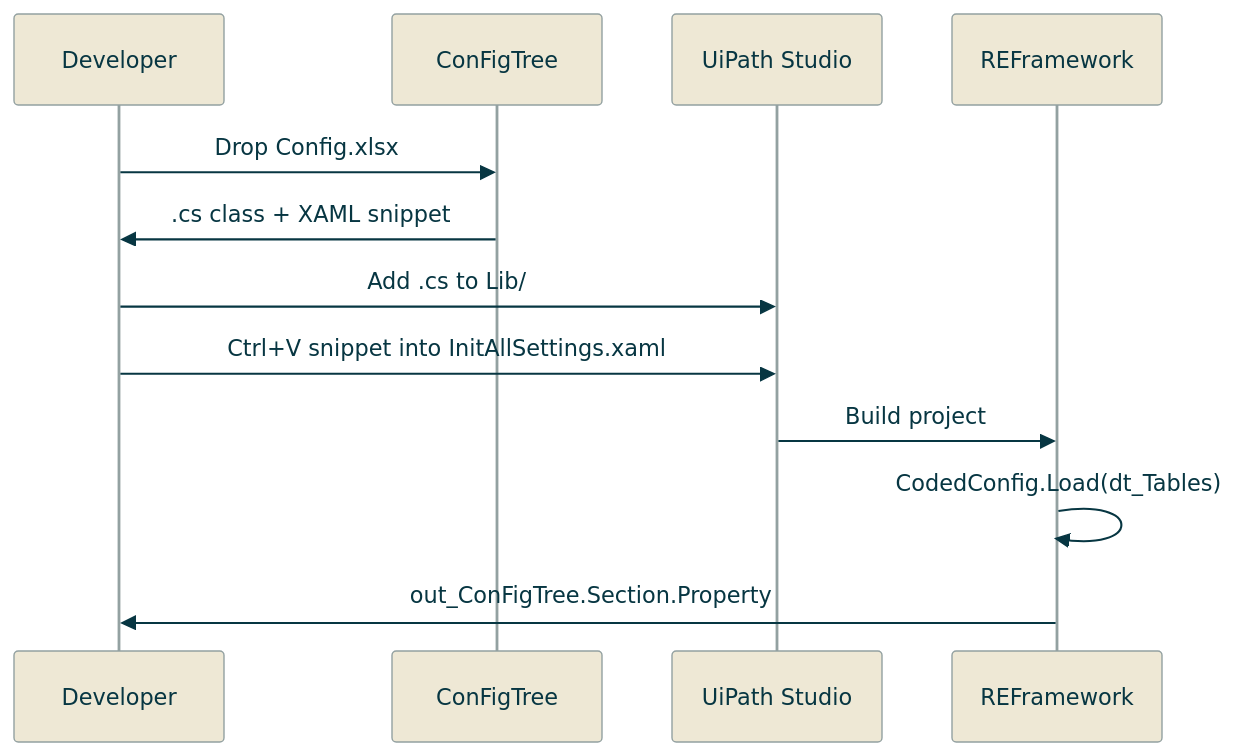
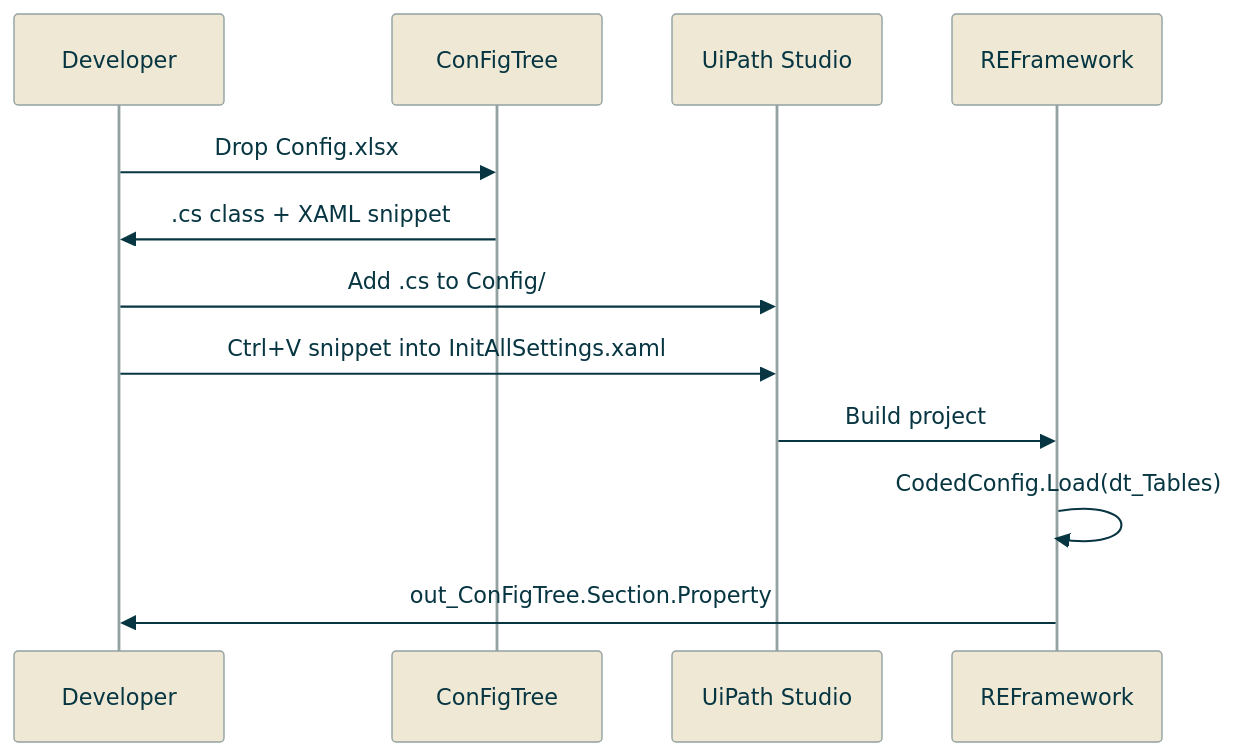
One commit to rpapub/ConFormMold changed the fifth of 12 diagrams in docs/wiki/Mermaid-Diagrams.md. Above: the diagram before and after it, drawn with Mermaid. The commit also changed other lines of this file and 9 other files, not shown here.

````diff
--- a/docs/wiki/Mermaid-Diagrams.md
+++ b/docs/wiki/Mermaid-Diagrams.md
@@ -96,17 +96,17 @@
 ```mermaid
 
 %%{init: {'theme': 'base', 'themeVariables': {'primaryColor': '#eee8d5', 'primaryTextColor': '#073642', 'primaryBorderColor': '#93a1a1', 'lineColor': '#586e75', 'edgeLabelBackground': '#fdf6e3', 'secondaryColor': '#fdf6e3', 'tertiaryColor': '#eee8d5'}}}%%
 sequenceDiagram
     participant Dev as Developer
     participant CT as ConFigTree
     participant Studio as UiPath Studio
     participant RF as REFramework
 
     Dev->>CT: Drop Config.xlsx
     CT->>Dev: .cs class + XAML snippet
-    Dev->>Studio: Add .cs to Lib/
+    Dev->>Studio: Add .cs to Config/
     Dev->>Studio: Ctrl+V snippet into InitAllSettings.xaml
     Studio->>RF: Build project
     RF->>RF: CodedConfig.Load(dt_Tables)
     RF->>Dev: out_ConFigTree.Section.Property
 ```
````
